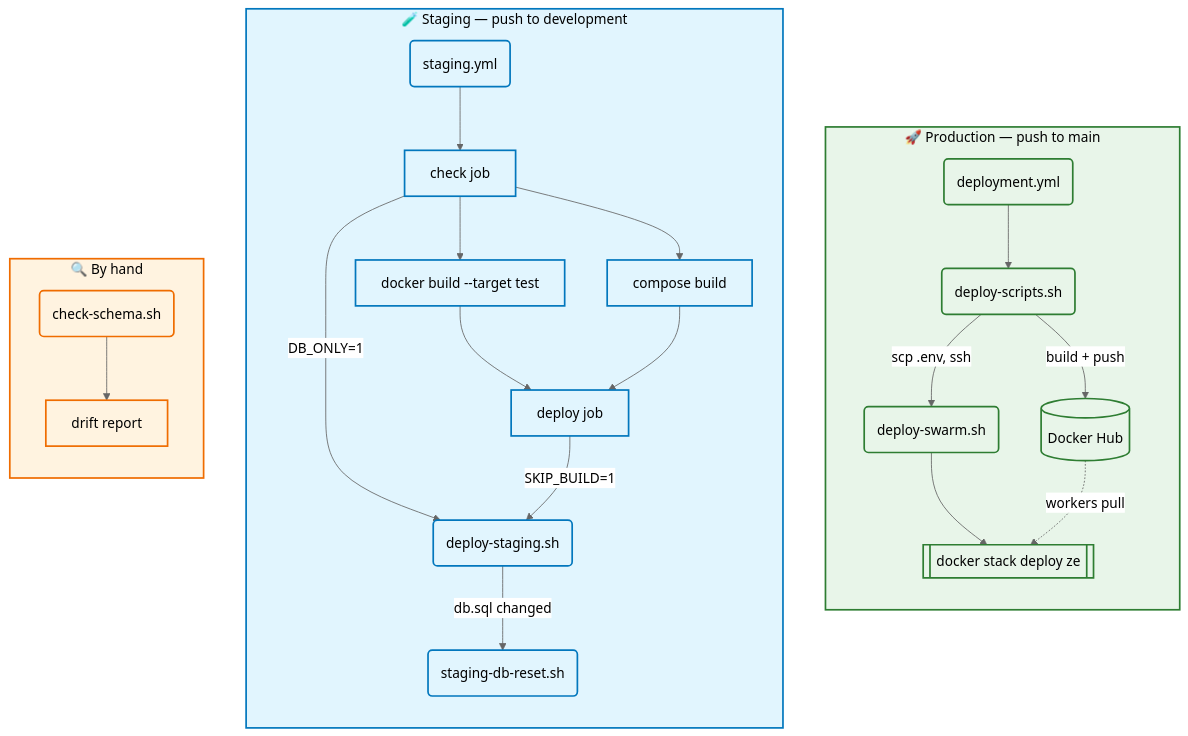
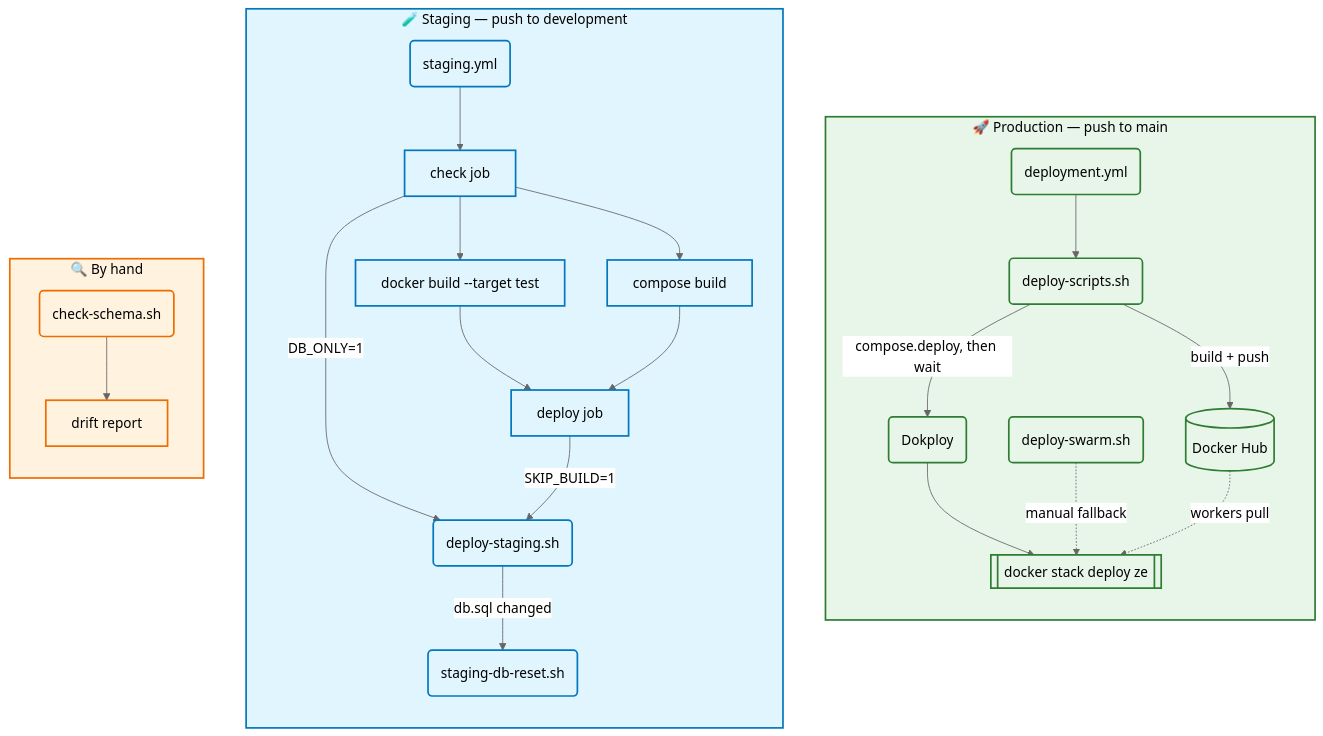
Before and after one commit to InterStella0/zegraph-web: the diagram in deployment/README.md, drawn with Mermaid (neutral theme). The commit also changed other lines of this file and 2 other files, not shown here.

First line of the commit message:
Deploy production through Dokploy instead of ssh + deploy-swarm.sh

````diff
--- a/deployment/README.md
+++ b/deployment/README.md
@@ -24,35 +24,36 @@
 ```mermaid
 flowchart TB
   subgraph PROD["🚀 Production — push to main"]
     direction TB
     ProdCI("deployment.yml") --> DeployScripts("deploy-scripts.sh")
     DeployScripts -- "build + push" --> Hub[("Docker Hub")]
-    DeployScripts -- "scp .env, ssh" --> Swarm("deploy-swarm.sh")
-    Swarm --> Stack[["docker stack deploy ze"]]
+    DeployScripts -- "compose.deploy, then wait" --> Dokploy("Dokploy")
+    Dokploy --> Stack[["docker stack deploy ze"]]
+    Swarm("deploy-swarm.sh") -. "manual fallback" .-> Stack
     Hub -. "workers pull" .-> Stack
   end
   subgraph STG["🧪 Staging — push to development"]
     direction TB
     StgCI("staging.yml") --> Gate["check job"]
     Gate -- "DB_ONLY=1" --> Staging("deploy-staging.sh")
     Gate --> Tests["docker build --target test"]
     Gate --> Images["compose build"]
     Tests --> Deploy["deploy job"]
     Images --> Deploy
     Deploy -- "SKIP_BUILD=1" --> Staging
     Staging -- "db.sql changed" --> Reset("staging-db-reset.sh")
   end
   subgraph MAN["🔍 By hand"]
     direction TB
     Check("check-schema.sh") --> Drift["drift report"]
   end
   classDef prod fill:#e8f5e9,stroke:#2e7d32,stroke-width:2px,color:#000000
   classDef stg fill:#e1f5fe,stroke:#0277bd,stroke-width:2px,color:#000000
   classDef man fill:#fff3e0,stroke:#ef6c00,stroke-width:2px,color:#000000
-  class ProdCI,DeployScripts,Swarm,Stack,Hub prod
+  class ProdCI,DeployScripts,Dokploy,Swarm,Stack,Hub prod
   class StgCI,Gate,Staging,Reset,Tests,Images,Deploy stg
   class Check,Drift man
   style PROD fill:#e8f5e9,stroke:#2e7d32,stroke-width:2px,color:#000000
   style STG fill:#e1f5fe,stroke:#0277bd,stroke-width:2px,color:#000000
   style MAN fill:#fff3e0,stroke:#ef6c00,stroke-width:2px,color:#000000
 ```
````
